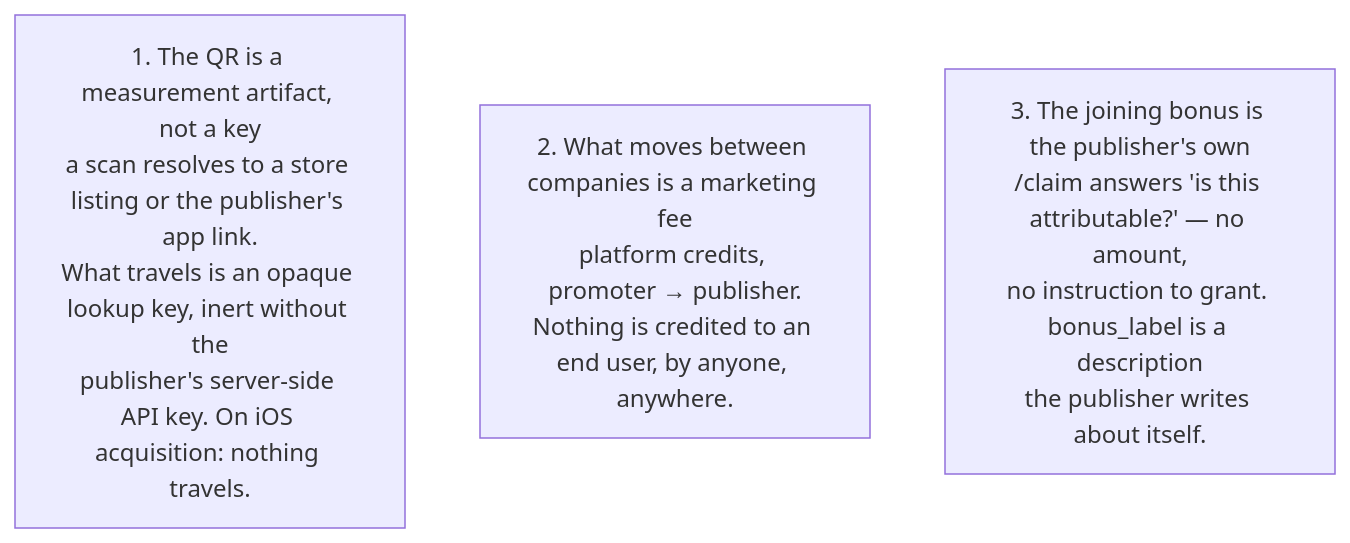
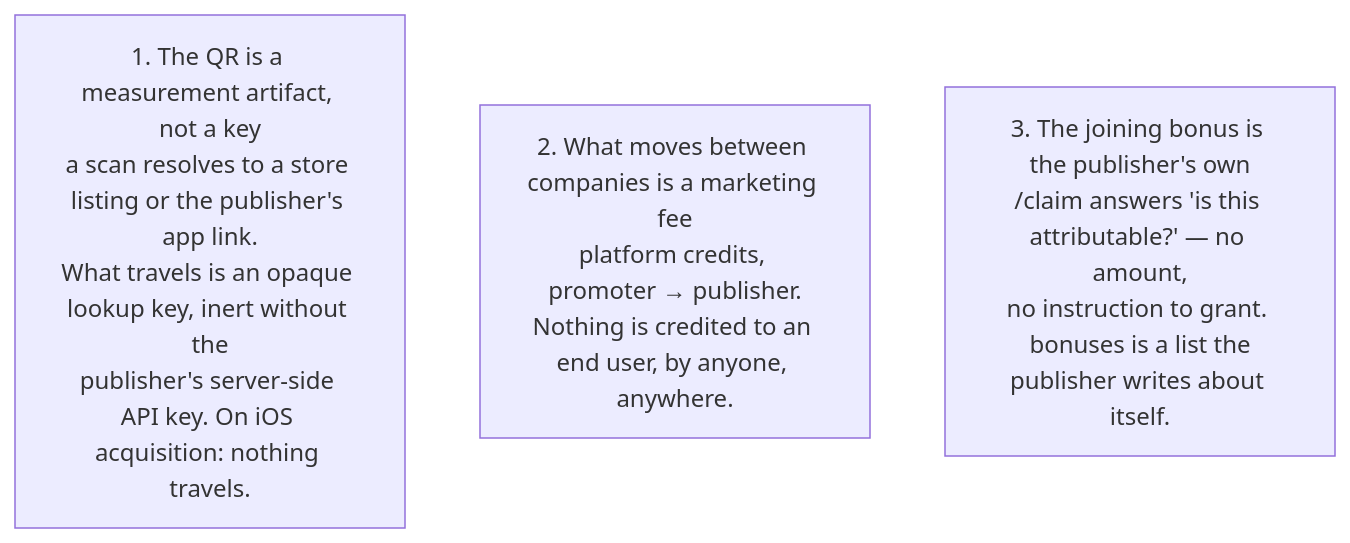
One commit to danumai/attribution-platform changed diagram 23 of 25 in SYSTEM_DESIGN.md. Above: the diagram before and after it, drawn with Mermaid. The commit also changed 17 other files, not shown here.

First line of the commit message:
feat: refactor publisher bonuses system to support multiple offers

````diff
--- a/SYSTEM_DESIGN.md
+++ b/SYSTEM_DESIGN.md
@@ -1099,6 +1099,6 @@
 ```mermaid
 graph TB
     A["1. The QR is a measurement artifact, not a key<br/>a scan resolves to a store listing or the publisher's app link.<br/>What travels is an opaque lookup key, inert without the<br/>publisher's server-side API key. On iOS acquisition: nothing travels."]
     B["2. What moves between companies is a marketing fee<br/>platform credits, promoter → publisher.<br/>Nothing is credited to an end user, by anyone, anywhere."]
-    C["3. The joining bonus is the publisher's own<br/>/claim answers 'is this attributable?' — no amount,<br/>no instruction to grant. bonus_label is a description<br/>the publisher writes about itself."]
+    C["3. The joining bonus is the publisher's own<br/>/claim answers 'is this attributable?' — no amount,<br/>no instruction to grant. bonuses is a list the<br/>publisher writes about itself."]
 ```
````
